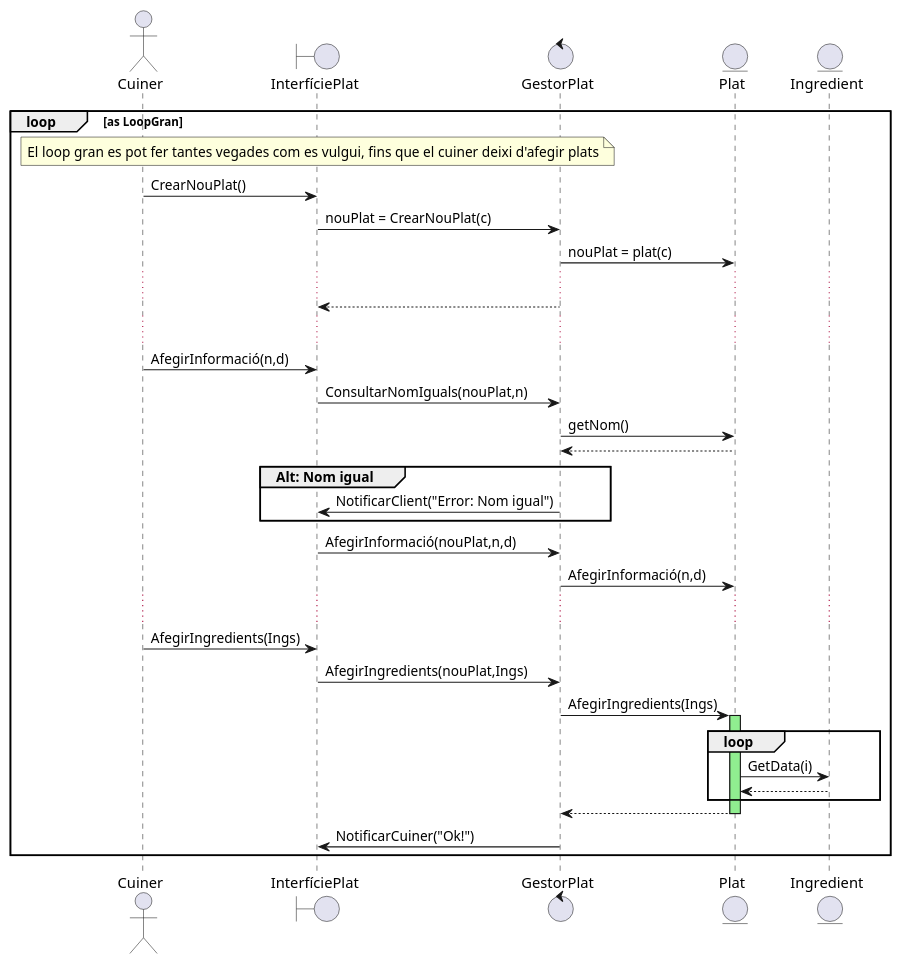
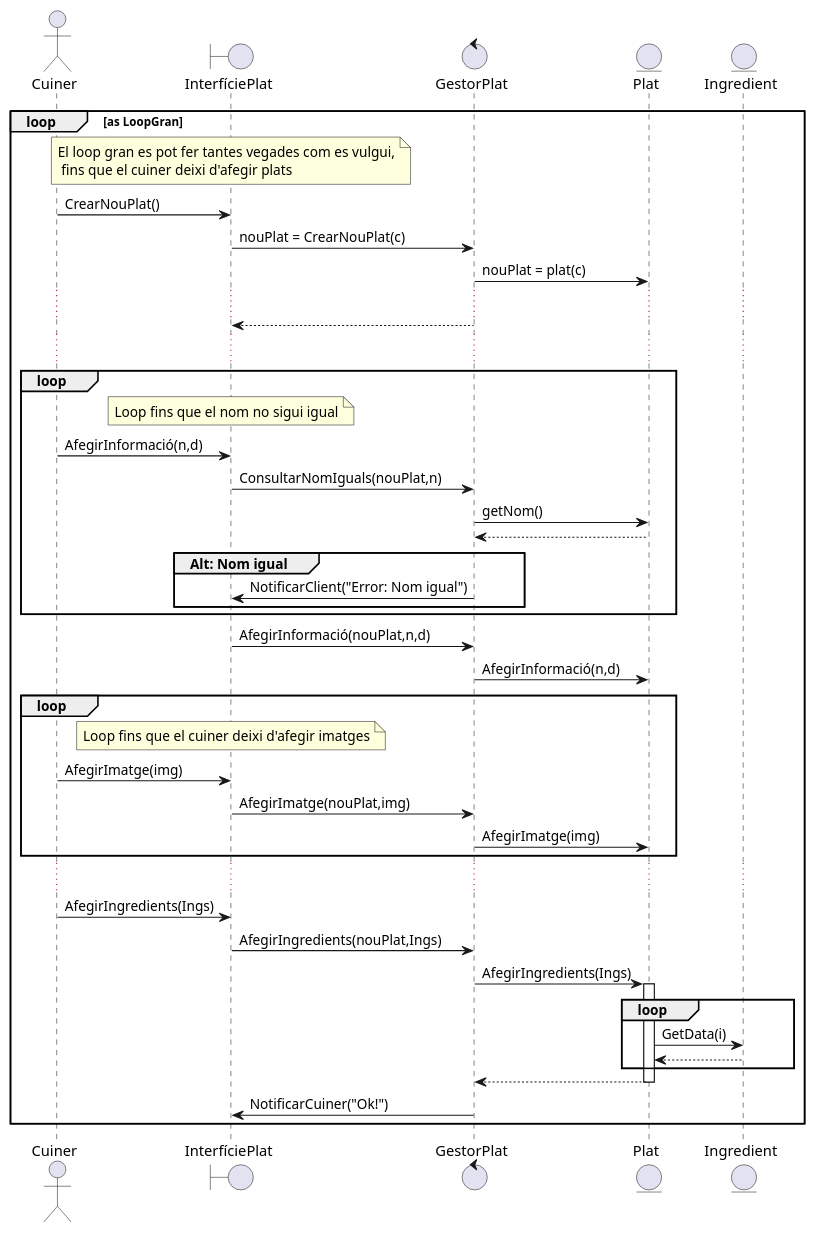
The diagram in documents/Diagrames i Especificacions/Seqüencia/Hiro! ^3^/1. Oferir Conjunt de Plats.puml (martipages/ES23UAB431-02), drawn with PlantUML before and after one commit. The commit also changed 1 other file, not shown here.

Commit message:
Actualitzat Diagrama de Seqüència 1

```diff
--- a/documents/Diagrames i Especificacions/Seqüencia/Hiro! ^3^/1. Oferir Conjunt de Plats.puml
+++ b/documents/Diagrames i Especificacions/Seqüencia/Hiro! ^3^/1. Oferir Conjunt de Plats.puml
@@ -1,39 +1,50 @@
 @startuml
 
 actor Cuiner
 boundary InterfíciePlat
 control GestorPlat
 entity Plat
 entity Ingredient
 
 loop as LoopGran
 
-note over InterfíciePlat: El loop gran es pot fer tantes vegades com es vulgui, fins que el cuiner deixi d'afegir plats
+note over InterfíciePlat: El loop gran es pot fer tantes vegades com es vulgui,\n fins que el cuiner deixi d'afegir plats
 Cuiner -> InterfíciePlat : CrearNouPlat()
 InterfíciePlat -> GestorPlat: nouPlat = CrearNouPlat(c)
 GestorPlat -> Plat: nouPlat = plat(c)
 ...
 GestorPlat --> InterfíciePlat
 ...
+loop
+note over InterfíciePlat: Loop fins que el nom no sigui igual
 Cuiner -> InterfíciePlat: AfegirInformació(n,d)
 InterfíciePlat -> GestorPlat: ConsultarNomIguals(nouPlat,n)
 GestorPlat -> Plat: getNom()
 Plat-->GestorPlat
 group Alt: Nom igual
 GestorPlat->InterfíciePlat: NotificarClient("Error: Nom igual")
 end
+end
 InterfíciePlat -> GestorPlat: AfegirInformació(nouPlat,n,d)
 GestorPlat -> Plat: AfegirInformació(n,d)
+
+loop
+note over InterfíciePlat: Loop fins que el cuiner deixi d'afegir imatges
+Cuiner -> InterfíciePlat: AfegirImatge(img)
+InterfíciePlat -> GestorPlat: AfegirImatge(nouPlat,img)
+GestorPlat -> Plat: AfegirImatge(img)
+end
+
 ...
 Cuiner -> InterfíciePlat: AfegirIngredients(Ings)
 InterfíciePlat -> GestorPlat: AfegirIngredients(nouPlat,Ings)
-GestorPlat->Plat++ #LightGreen: AfegirIngredients(Ings)
+GestorPlat->Plat++: AfegirIngredients(Ings)
  loop
    Plat->Ingredient: GetData(i)
    Ingredient-->Plat
  end
  Plat-->GestorPlat--
  GestorPlat->InterfíciePlat: NotificarCuiner("Ok!")
 end
 
 @enduml
```
